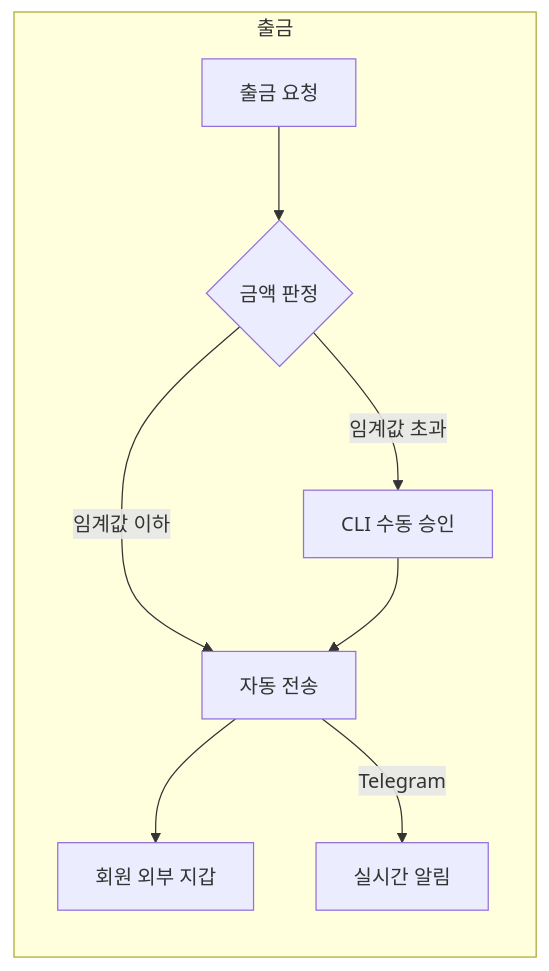
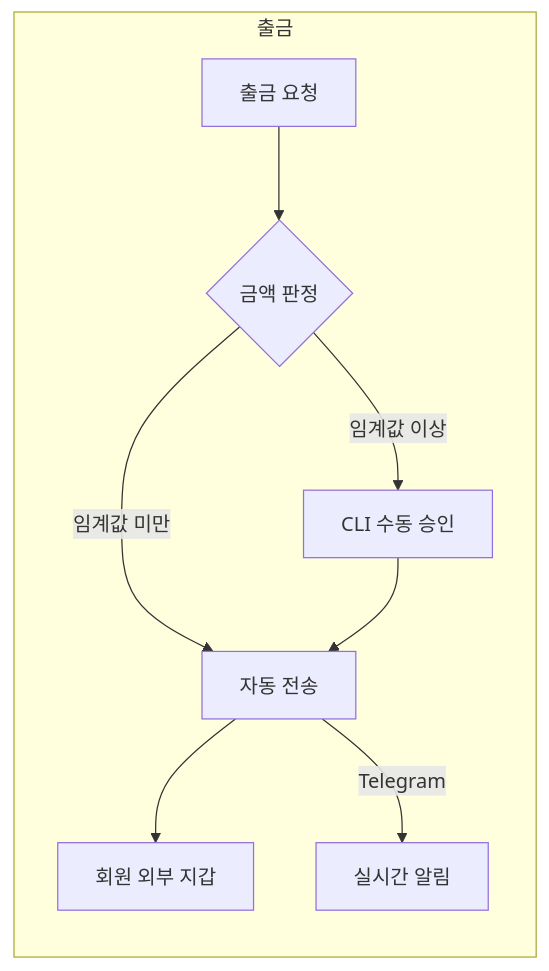
Before and after one commit to dandel6/tronusdt: the second of 2 diagrams in docs/ko/README.md, drawn with Mermaid. The commit also changed other lines of this file and 1 other file, not shown here.

````diff
--- a/docs/ko/README.md
+++ b/docs/ko/README.md
@@ -34,11 +34,11 @@
 ```mermaid
 flowchart LR
     subgraph 출금
         H[출금 요청] --> I{금액 판정}
-        I -->|임계값 이하| J[자동 전송]
-        I -->|임계값 초과| K[CLI 수동 승인]
+        I -->|임계값 미만| J[자동 전송]
+        I -->|임계값 이상| K[CLI 수동 승인]
         K --> J
         J --> L[회원 외부 지갑]
         J -->|Telegram| M[실시간 알림]
     end
 ```
````
